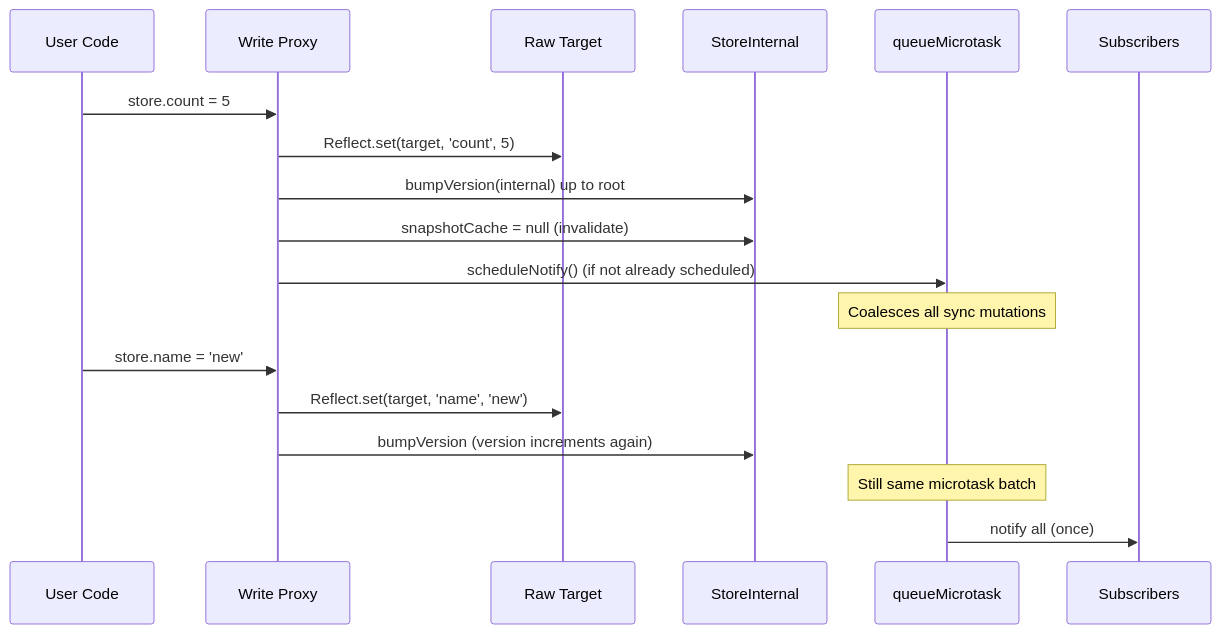
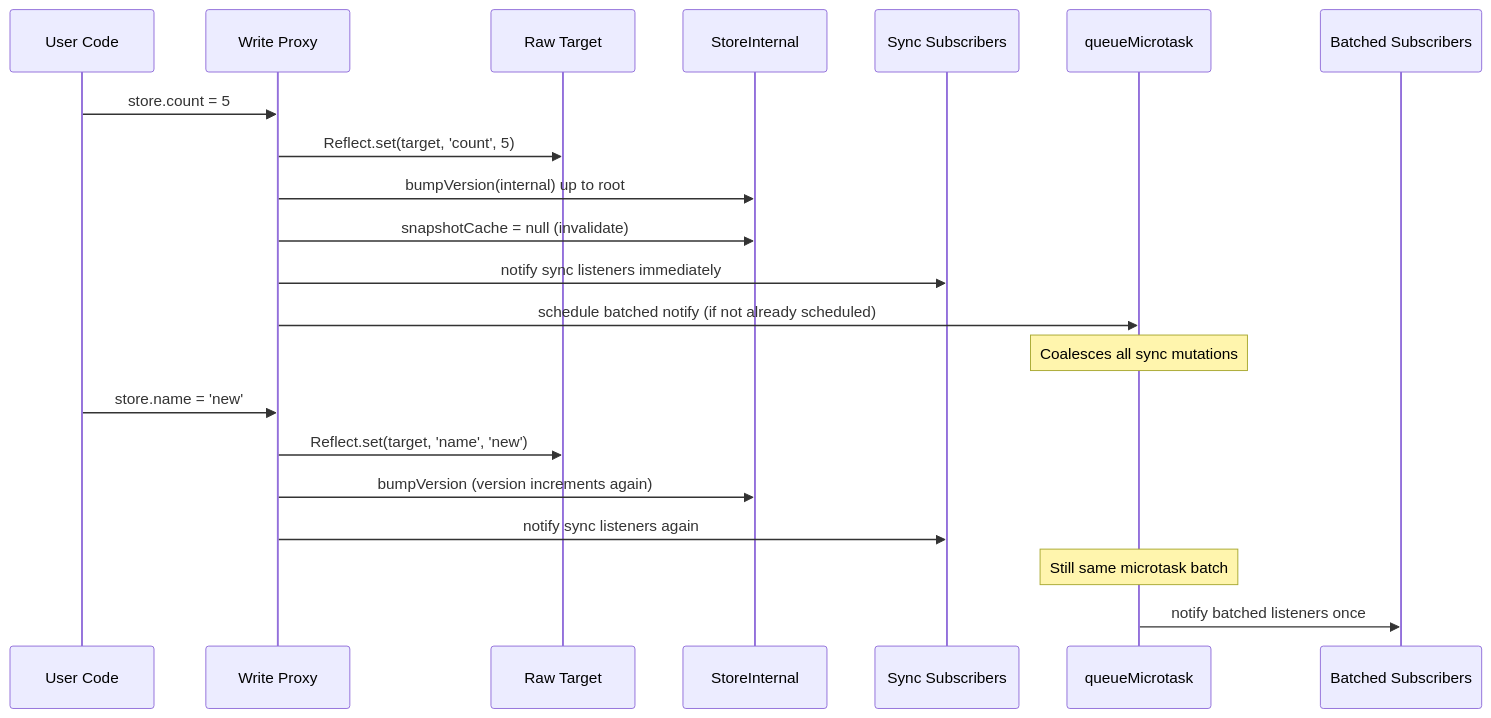
One commit to codeBelt/classy-store changed the second of 9 diagrams in website/docs/ARCHITECTURE.md. Above: the diagram before and after it, drawn with Mermaid. The commit also changed other lines of this file and 24 other files, not shown here.

````diff
--- a/website/docs/ARCHITECTURE.md
+++ b/website/docs/ARCHITECTURE.md
@@ -125,21 +127,24 @@
 ```mermaid
 sequenceDiagram
   participant User as User Code
   participant Proxy as Write Proxy
   participant Target as Raw Target
   participant Internal as StoreInternal
+  participant Sync as Sync Subscribers
   participant Micro as queueMicrotask
-  participant Listeners as Subscribers
+  participant Batched as Batched Subscribers
 
   User->>Proxy: store.count = 5
   Proxy->>Target: Reflect.set(target, 'count', 5)
   Proxy->>Internal: bumpVersion(internal) up to root
   Proxy->>Internal: snapshotCache = null (invalidate)
-  Proxy->>Micro: scheduleNotify() (if not already scheduled)
+  Proxy->>Sync: notify sync listeners immediately
+  Proxy->>Micro: schedule batched notify (if not already scheduled)
   Note over Micro: Coalesces all sync mutations
   User->>Proxy: store.name = 'new'
   Proxy->>Target: Reflect.set(target, 'name', 'new')
   Proxy->>Internal: bumpVersion (version increments again)
+  Proxy->>Sync: notify sync listeners again
   Note over Micro: Still same microtask batch
-  Micro->>Listeners: notify all (once)
+  Micro->>Batched: notify batched listeners once
 ```
````
